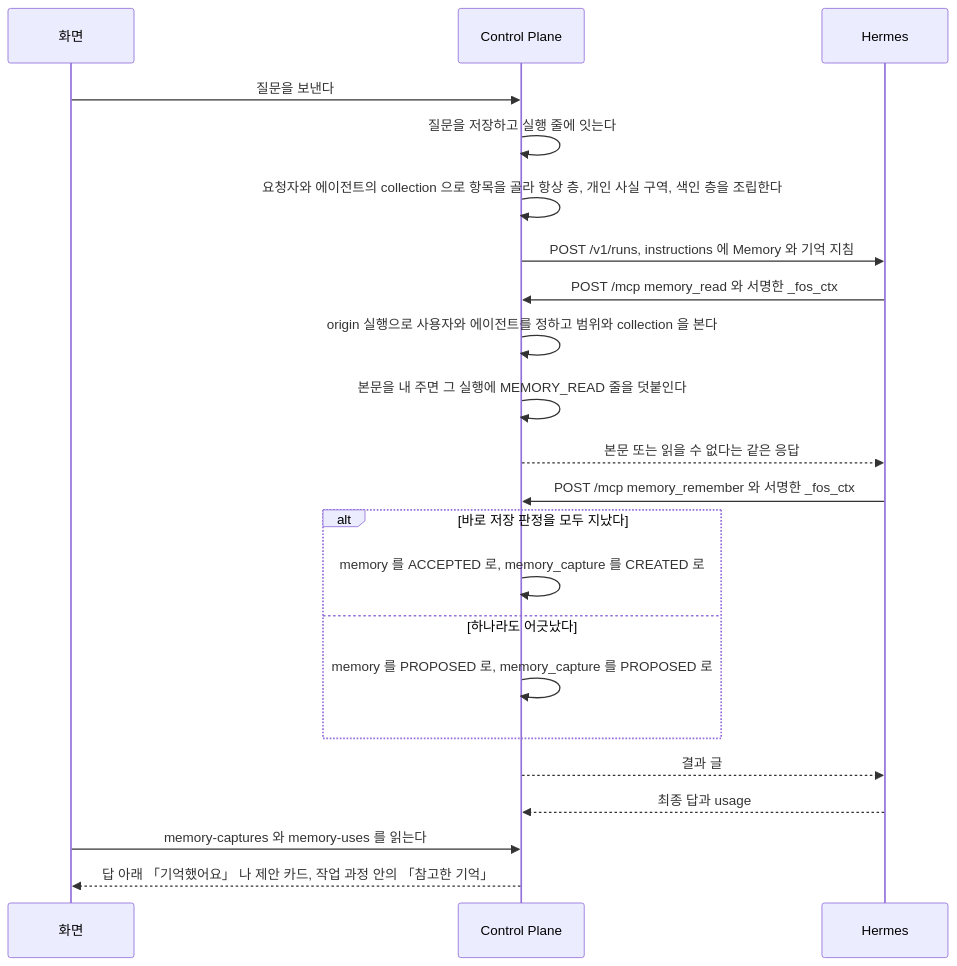
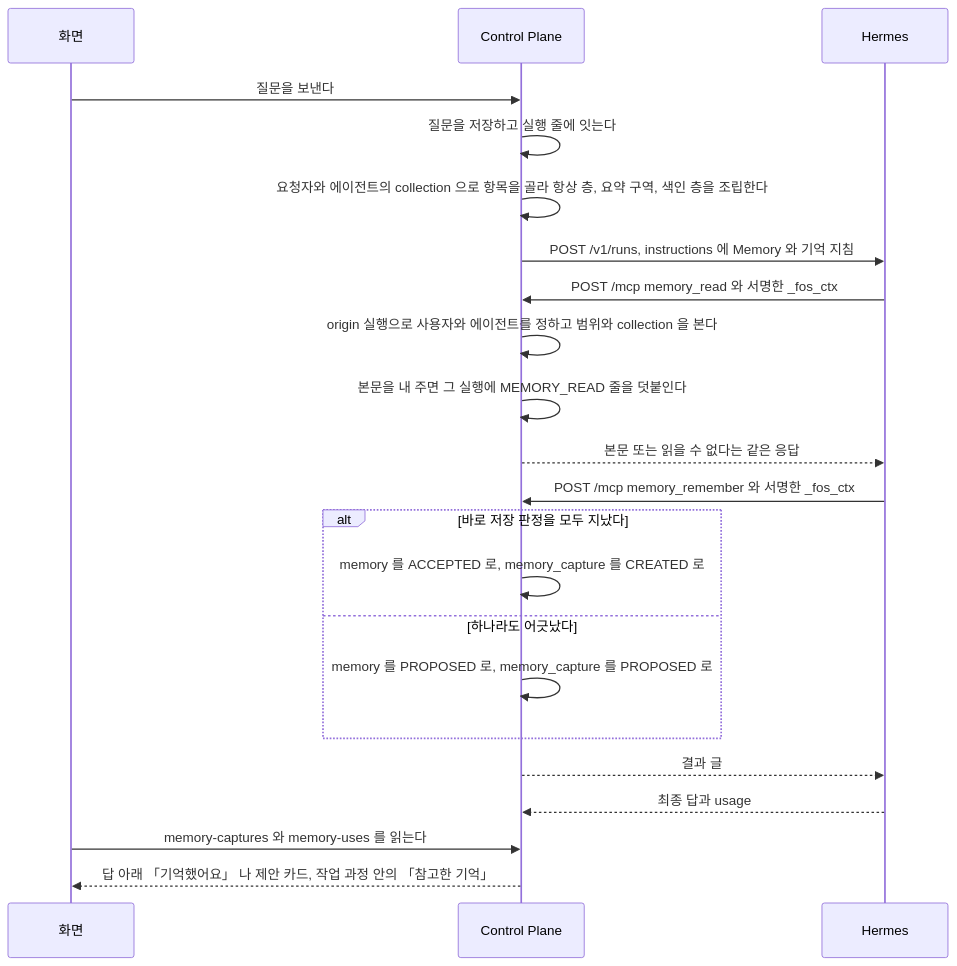
One commit to jon890/fos-assistant changed the second of 2 diagrams in docs/features/memory.md. Above: the diagram before and after it, drawn with Mermaid. The commit also changed other lines of this file and 19 other files, not shown here.

````diff
--- a/docs/features/memory.md
+++ b/docs/features/memory.md
@@ -130,25 +130,25 @@
 ```mermaid
 sequenceDiagram
     participant W as 화면
     participant C as Control Plane
     participant H as Hermes
 
     W->>C: 질문을 보낸다
     C->>C: 질문을 저장하고 실행 줄에 잇는다
-    C->>C: 요청자와 에이전트의 collection 으로 항목을 골라 항상 층, 개인 사실 구역, 색인 층을 조립한다
+    C->>C: 요청자와 에이전트의 collection 으로 항목을 골라 항상 층, 요약 구역, 색인 층을 조립한다
     C->>H: POST /v1/runs, instructions 에 Memory 와 기억 지침
     H->>C: POST /mcp memory_read 와 서명한 _fos_ctx
     C->>C: origin 실행으로 사용자와 에이전트를 정하고 범위와 collection 을 본다
     C->>C: 본문을 내 주면 그 실행에 MEMORY_READ 줄을 덧붙인다
     C-->>H: 본문 또는 읽을 수 없다는 같은 응답
     H->>C: POST /mcp memory_remember 와 서명한 _fos_ctx
     alt 바로 저장 판정을 모두 지났다
         C->>C: memory 를 ACCEPTED 로, memory_capture 를 CREATED 로
     else 하나라도 어긋났다
         C->>C: memory 를 PROPOSED 로, memory_capture 를 PROPOSED 로
     end
     C-->>H: 결과 글
     H-->>C: 최종 답과 usage
     W->>C: memory-captures 와 memory-uses 를 읽는다
     C-->>W: 답 아래 「기억했어요」 나 제안 카드, 작업 과정 안의 「참고한 기억」
 ```
````
